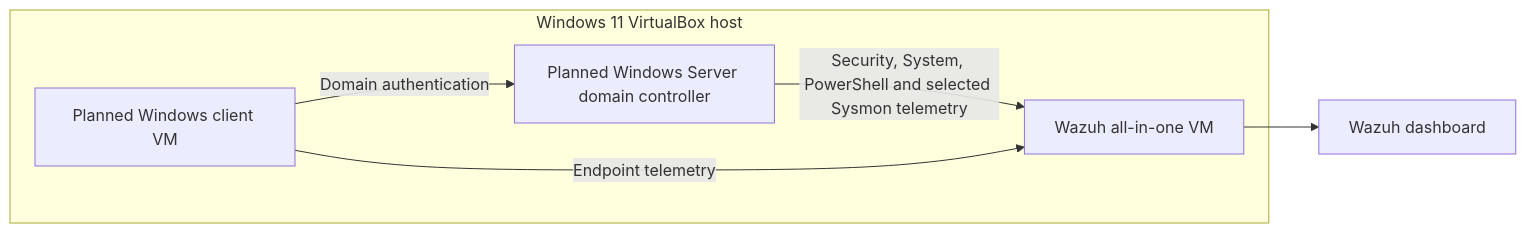
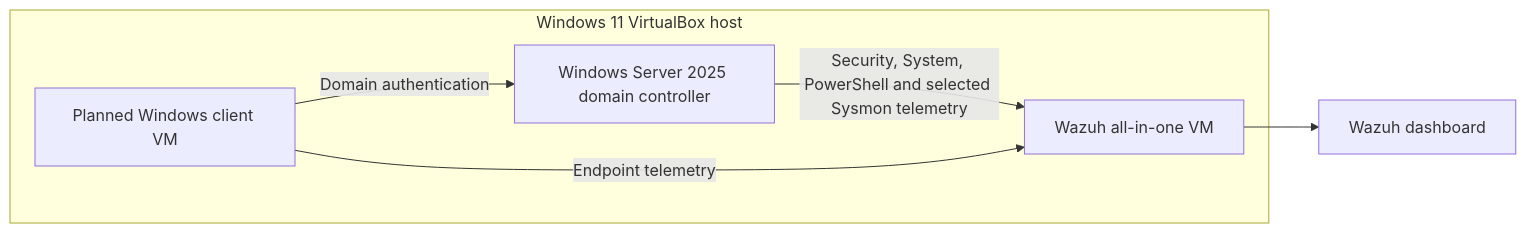
The diagram in README.md (Abdullahchoglay/active-directory-detection-lab), drawn with Mermaid before and after one commit. The commit also changed other lines of this file and 7 other files, not shown here.

````diff
--- a/README.md
+++ b/README.md
@@ -13,12 +13,12 @@
 ```mermaid
 flowchart LR
     subgraph Host[Windows 11 VirtualBox host]
         W[Wazuh all-in-one VM]
-        DC[Planned Windows Server domain controller]
+        DC[Windows Server 2025 domain controller]
         C[Planned Windows client VM]
     end
     C -->|Domain authentication| DC
     DC -->|Security, System, PowerShell and selected Sysmon telemetry| W
     C -->|Endpoint telemetry| W
     W --> D[Wazuh dashboard]
 ```
````
